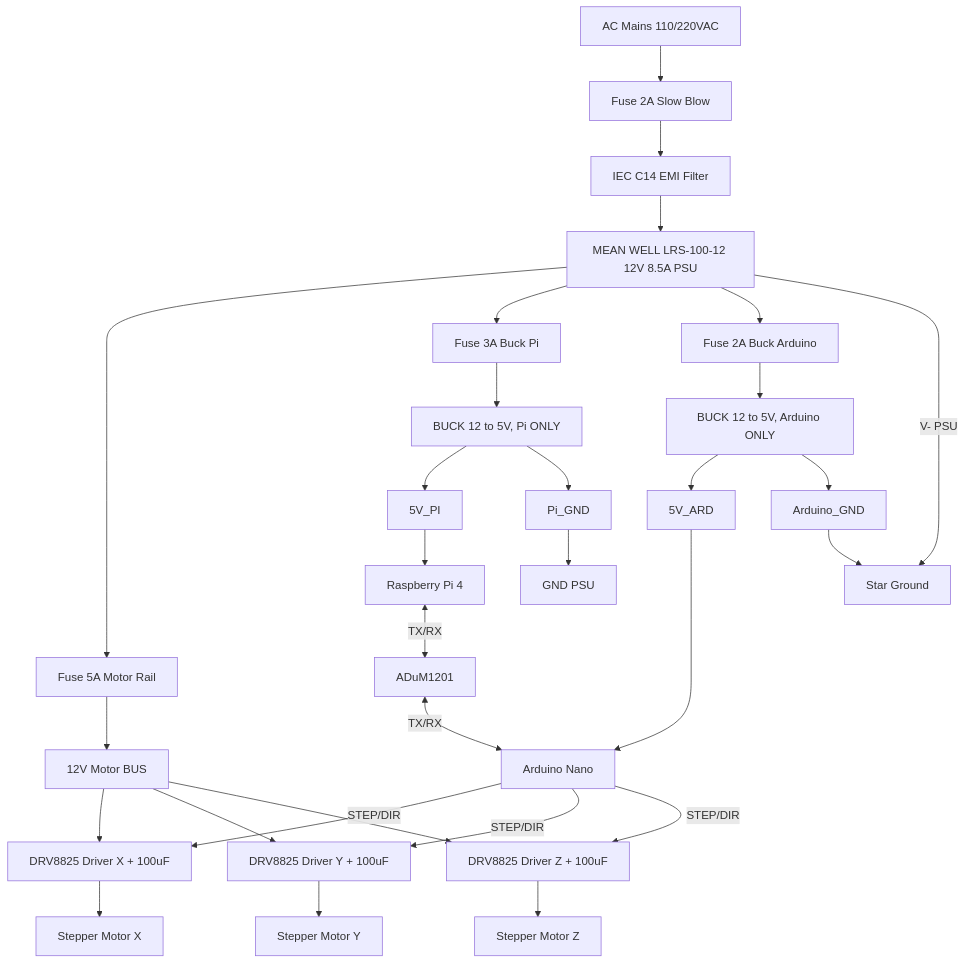
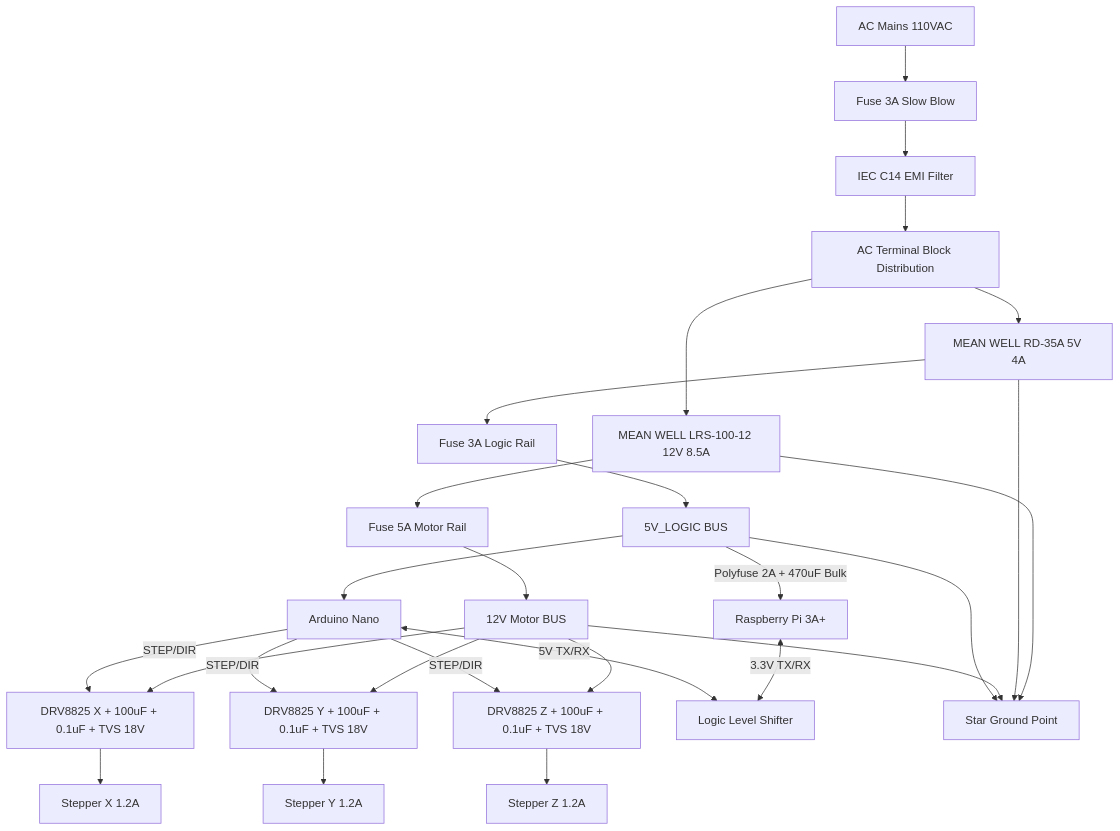
The diagram in README.md (AlvinOctaH/automated-incubator-microscope), drawn with Mermaid before and after one commit. The commit also changed other lines of this file, not shown here.

````diff
--- a/README.md
+++ b/README.md
@@ -181,51 +181,46 @@
 ```mermaid
 flowchart TD
 
 %% ================= AC FRONT END =================
-A[AC Mains 110/220VAC] --> B[Fuse 2A Slow Blow]
+A[AC Mains 110VAC] --> B[Fuse 3A Slow Blow]
 B --> C[IEC C14 EMI Filter]
-C --> D[MEAN WELL LRS-100-12 12V 8.5A PSU]
+C --> TB[AC Terminal Block Distribution]
 
-%% ================= 12V PRIMARY BUS =================
-D --> FS1[Fuse 5A Motor Rail]
-D --> FS2[Fuse 3A Buck Pi]
-D --> FS3[Fuse 2A Buck Arduino]
+%% ================= PSU DISTRIBUTION =================
+TB --> PSU1[MEAN WELL LRS-100-12 12V 8.5A]
+TB --> PSU2[MEAN WELL RD-35A 5V 4A]
 
 %% ================= MOTOR DOMAIN =================
-FS1 --> M12V[12V Motor BUS]
-M12V --> SD1[DRV8825 Driver X + 100uF]
-M12V --> SD2[DRV8825 Driver Y + 100uF]
-M12V --> SD3[DRV8825 Driver Z + 100uF]
+PSU1 --> FM[Fuse 5A Motor Rail]
+FM --> M12V[12V Motor BUS]
 
-SD1 --> SM1[Stepper Motor X]
-SD2 --> SM2[Stepper Motor Y]
-SD3 --> SM3[Stepper Motor Z]
+M12V --> SD1[DRV8825 X + 100uF + 0.1uF + TVS 18V]
+M12V --> SD2[DRV8825 Y + 100uF + 0.1uF + TVS 18V]
+M12V --> SD3[DRV8825 Z + 100uF + 0.1uF + TVS 18V]
 
-%% ================= PI DOMAIN =================
-FS2 --> BP[BUCK 12 to 5V, Pi ONLY]
-BP --> PI5V[5V_PI]
-BP --> PIG[Pi_GND]
+SD1 --> SM1[Stepper X 1.2A]
+SD2 --> SM2[Stepper Y 1.2A]
+SD3 --> SM3[Stepper Z 1.2A]
 
-PI5V --> G1[Raspberry Pi 4]
+%% ================= LOGIC DOMAIN =================
+PSU2 --> FL[Fuse 3A Logic Rail]
+FL --> L5V[5V_LOGIC BUS]
 
-%% ================= ARDUINO DOMAIN =================
-FS3 --> BA[BUCK 12 to 5V, Arduino ONLY]
-BA --> AR5V[5V_ARD]
-BA --> ARG[Arduino_GND]
+L5V --> |Polyfuse 2A + 470uF Bulk| PI[Raspberry Pi 3A+]
+L5V --> ARD[Arduino Nano]
 
-AR5V --> G2[Arduino Nano]
+%% ================= LEVEL SHIFT =================
+PI <-->|3.3V TX/RX| LS[Logic Level Shifter]
+ARD <-->|5V TX/RX| LS
 
-%% ================= UART ISOLATION =================
-G1 <-->|TX/RX| ISO[ADuM1201]
-ISO <-->|TX/RX| G2
+%% ================= CONTROL =================
+ARD -->|STEP/DIR| SD1
+ARD -->|STEP/DIR| SD2
+ARD -->|STEP/DIR| SD3
 
-%% ================= MOTOR CONTROL =================
-G2 -->|STEP/DIR| SD1
-G2 -->|STEP/DIR| SD2
-G2 -->|STEP/DIR| SD3
-
-%% ================= STAR GROUND =================
-PIG --> GD[GND PSU]
-ARG --> SG[Star Ground]
-D --> |V- PSU| SG
+%% ================= GROUND STRATEGY =================
+PSU1 --> SG[Star Ground Point]
+PSU2 --> SG
+M12V --> SG
+L5V --> SG
 ```
````
